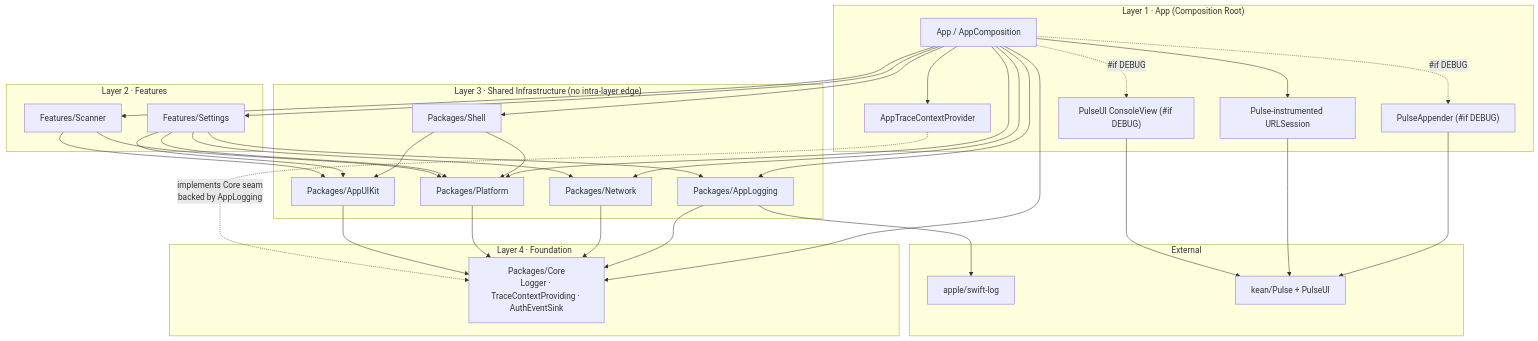
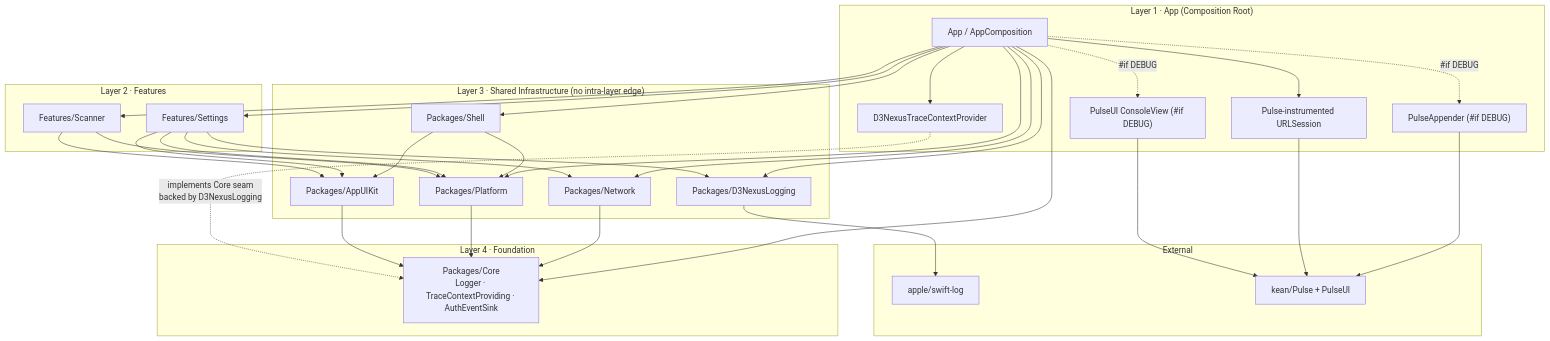
One commit to DanhDue/ios_digital_wallet changed the first of 4 diagrams in .devtool/epic/pulse_logger/pulse_logger.en.md. Above: the diagram before and after it, drawn with Mermaid. The commit also changed other lines of this file and 22 other files, not shown here.

First line of the commit message:
[PULSE_LOGGER] Name module D3NexusLogging and make the package extractable

````diff
--- a/.devtool/epic/pulse_logger/pulse_logger.en.md
+++ b/.devtool/epic/pulse_logger/pulse_logger.en.md
@@ -132,54 +159,53 @@
 ```mermaid
 graph TD
     subgraph Host["Layer 1 · App (Composition Root)"]
         App["App / AppComposition"]
         PulseApp["PulseAppender (#if DEBUG)"]
         PulseSession["Pulse-instrumented URLSession"]
-        TraceBind["AppTraceContextProvider"]
+        TraceBind["D3NexusTraceContextProvider"]
         PulseUI["PulseUI ConsoleView (#if DEBUG)"]
     end
 
     subgraph L2["Layer 2 · Features"]
         Settings["Features/Settings"]
         Scanner["Features/Scanner"]
     end
 
     subgraph L3["Layer 3 · Shared Infrastructure (no intra-layer edge)"]
         Shell["Packages/Shell"]
-        Logging["Packages/AppLogging"]
+        Logging["Packages/D3NexusLogging"]
         Network["Packages/Network"]
         Platform["Packages/Platform"]
         UIKitPkg["Packages/AppUIKit"]
     end
 
     subgraph L4["Layer 4 · Foundation"]
         Core["Packages/Core<br/>Logger · TraceContextProviding · AuthEventSink"]
     end
 
     subgraph Ext["External"]
         SwiftLog["apple/swift-log"]
         PulseCore["kean/Pulse + PulseUI"]
     end
 
     App --> Shell & Logging & Network & Platform & Core
     App --> Settings & Scanner
     App -.->|#if DEBUG| PulseApp
     App --> PulseSession
     App --> TraceBind
     App -.->|#if DEBUG| PulseUI
     PulseApp --> PulseCore
     PulseSession --> PulseCore
     PulseUI --> PulseCore
 
-    Logging --> Core
     Logging --> SwiftLog
     Network --> Core
     Platform --> Core
     UIKitPkg --> Core
     Shell --> Platform & UIKitPkg
 
     Settings --> Platform & Network & UIKitPkg & Logging
     Scanner --> Platform & UIKitPkg
 
-    TraceBind -.->|implements Core seam<br/>backed by AppLogging| Core
+    TraceBind -.->|implements Core seam<br/>backed by D3NexusLogging| Core
 ```
````
